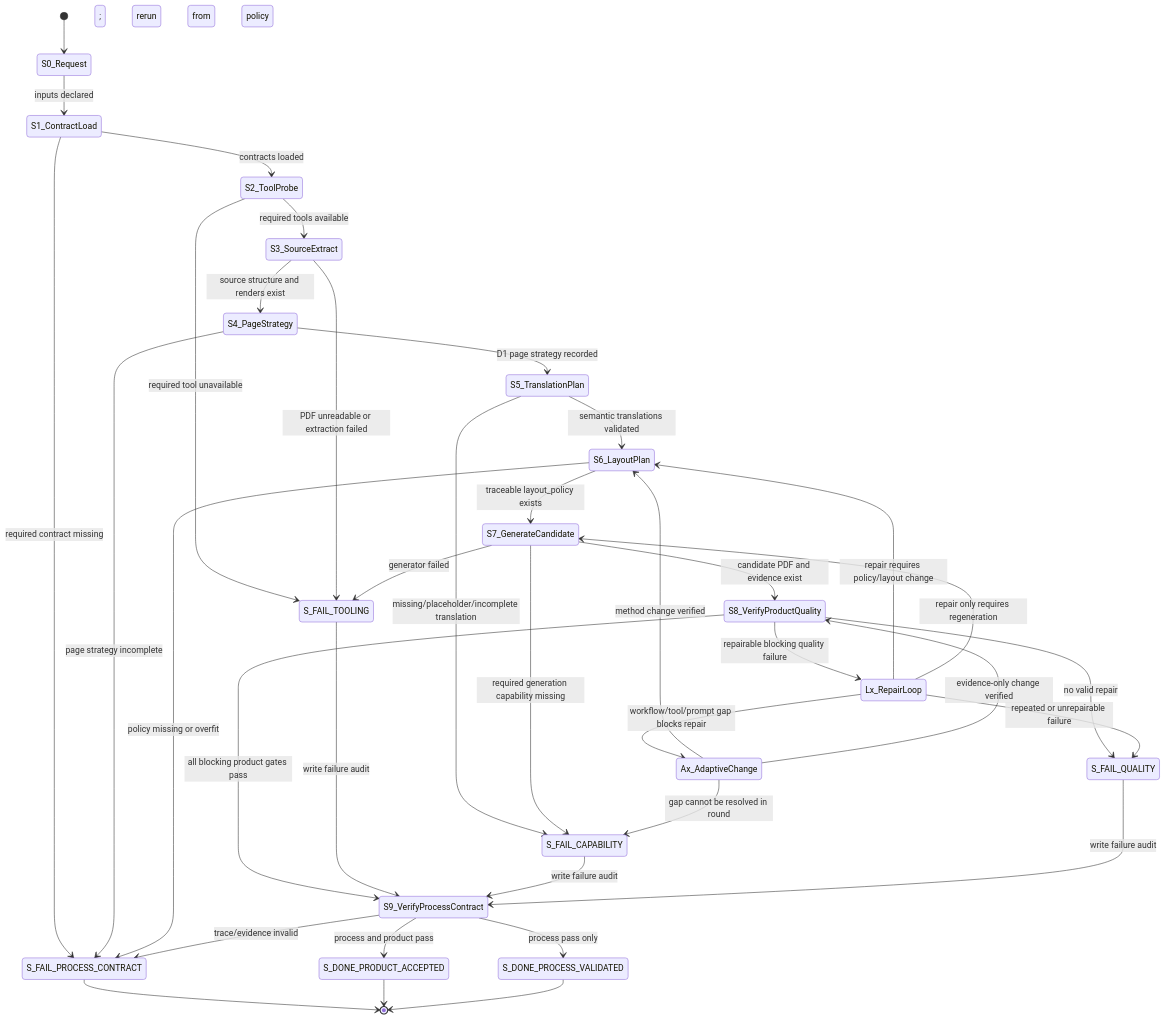
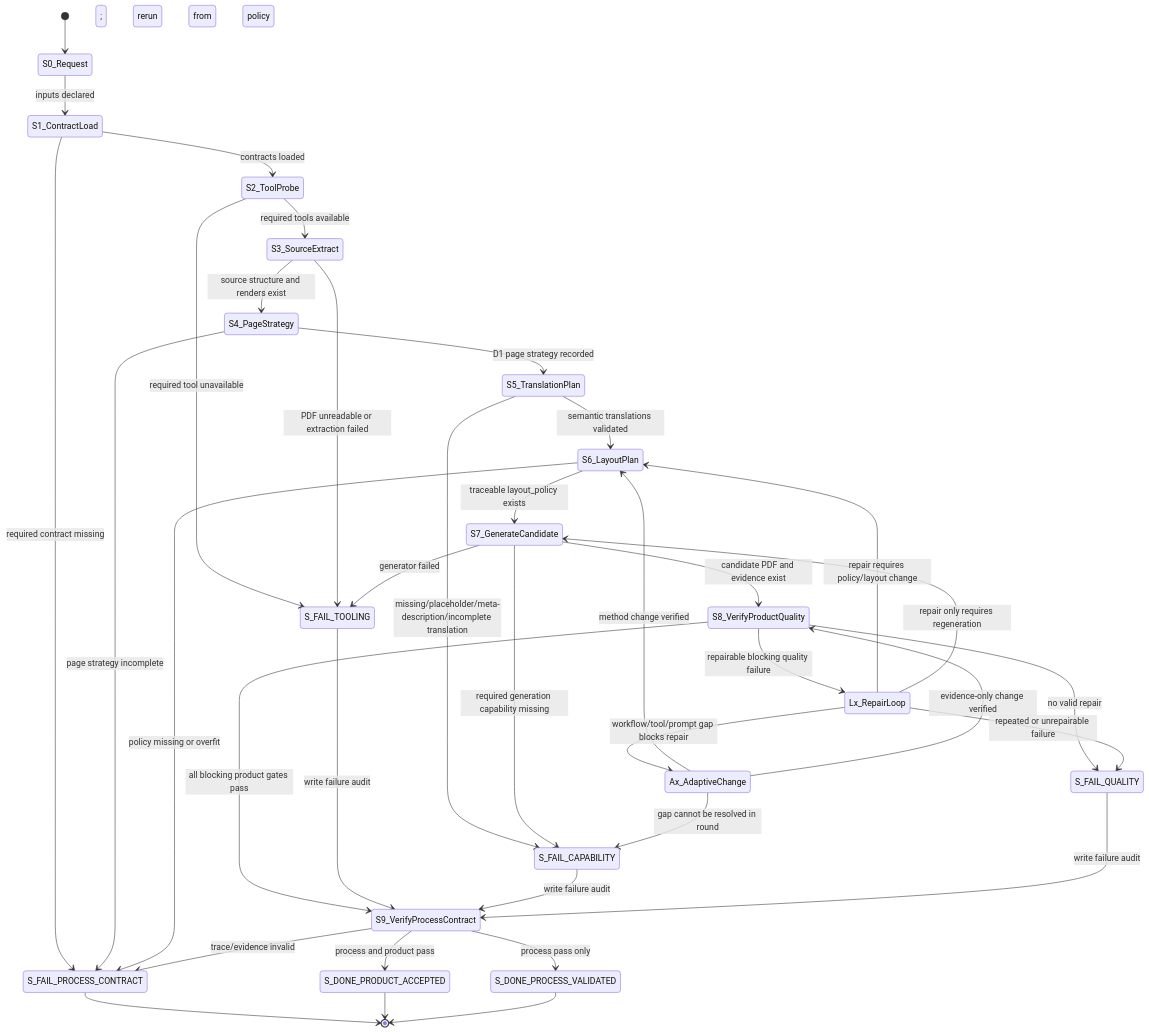
One commit to huacc/transflow changed the fourth of 7 diagrams in docs/业务流程/PDF_中文回填_标准流程设计.md. Above: the diagram before and after it, drawn with Mermaid. The commit also changed other lines of this file and 398 other files, not shown here.

````diff
--- a/docs/业务流程/PDF_中文回填_标准流程设计.md
+++ b/docs/业务流程/PDF_中文回填_标准流程设计.md
@@ -655,52 +765,52 @@
 ```mermaid
 stateDiagram-v2
   [*] --> S0_Request
 
   S0_Request --> S1_ContractLoad: inputs declared
   S1_ContractLoad --> S2_ToolProbe: contracts loaded
   S1_ContractLoad --> S_FAIL_PROCESS_CONTRACT: required contract missing
 
   S2_ToolProbe --> S3_SourceExtract: required tools available
   S2_ToolProbe --> S_FAIL_TOOLING: required tool unavailable
 
   S3_SourceExtract --> S4_PageStrategy: source structure and renders exist
   S3_SourceExtract --> S_FAIL_TOOLING: PDF unreadable or extraction failed
 
   S4_PageStrategy --> S5_TranslationPlan: D1 page strategy recorded
   S4_PageStrategy --> S_FAIL_PROCESS_CONTRACT: page strategy incomplete
 
   S5_TranslationPlan --> S6_LayoutPlan: semantic translations validated
-  S5_TranslationPlan --> S_FAIL_CAPABILITY: missing/placeholder/incomplete translation
+  S5_TranslationPlan --> S_FAIL_CAPABILITY: missing/placeholder/meta-description/incomplete translation
 
   S6_LayoutPlan --> S7_GenerateCandidate: traceable layout_policy exists
   S6_LayoutPlan --> S_FAIL_PROCESS_CONTRACT: policy missing or overfit
 
   S7_GenerateCandidate --> S8_VerifyProductQuality: candidate PDF and evidence exist
   S7_GenerateCandidate --> S_FAIL_TOOLING: generator failed
   S7_GenerateCandidate --> S_FAIL_CAPABILITY: required generation capability missing
 
   S8_VerifyProductQuality --> S9_VerifyProcessContract: all blocking product gates pass
   S8_VerifyProductQuality --> Lx_RepairLoop: repairable blocking quality failure
   S8_VerifyProductQuality --> S_FAIL_QUALITY: no valid repair
 
   Lx_RepairLoop --> S6_LayoutPlan: repair requires policy/layout change
   Lx_RepairLoop --> S7_GenerateCandidate: repair only requires regeneration
   Lx_RepairLoop --> Ax_AdaptiveChange: workflow/tool/prompt gap blocks repair
   Lx_RepairLoop --> S_FAIL_QUALITY: repeated or unrepairable failure
 
   Ax_AdaptiveChange --> S6_LayoutPlan: method change verified; rerun from policy
   Ax_AdaptiveChange --> S8_VerifyProductQuality: evidence-only change verified
   Ax_AdaptiveChange --> S_FAIL_CAPABILITY: gap cannot be resolved in round
 
   S_FAIL_TOOLING --> S9_VerifyProcessContract: write failure audit
   S_FAIL_CAPABILITY --> S9_VerifyProcessContract: write failure audit
   S_FAIL_QUALITY --> S9_VerifyProcessContract: write failure audit
   S_FAIL_PROCESS_CONTRACT --> [*]
 
   S9_VerifyProcessContract --> S_DONE_PRODUCT_ACCEPTED: process and product pass
   S9_VerifyProcessContract --> S_DONE_PROCESS_VALIDATED: process pass only
   S9_VerifyProcessContract --> S_FAIL_PROCESS_CONTRACT: trace/evidence invalid
 
   S_DONE_PRODUCT_ACCEPTED --> [*]
   S_DONE_PROCESS_VALIDATED --> [*]
 ```
````
